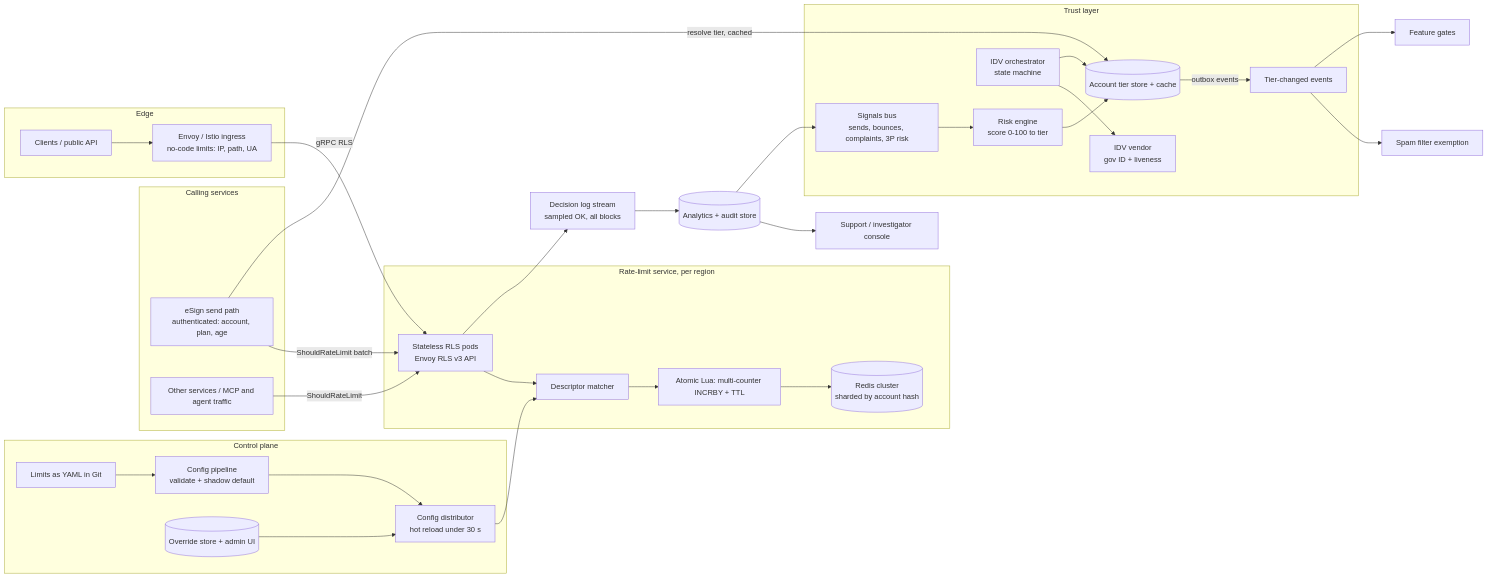
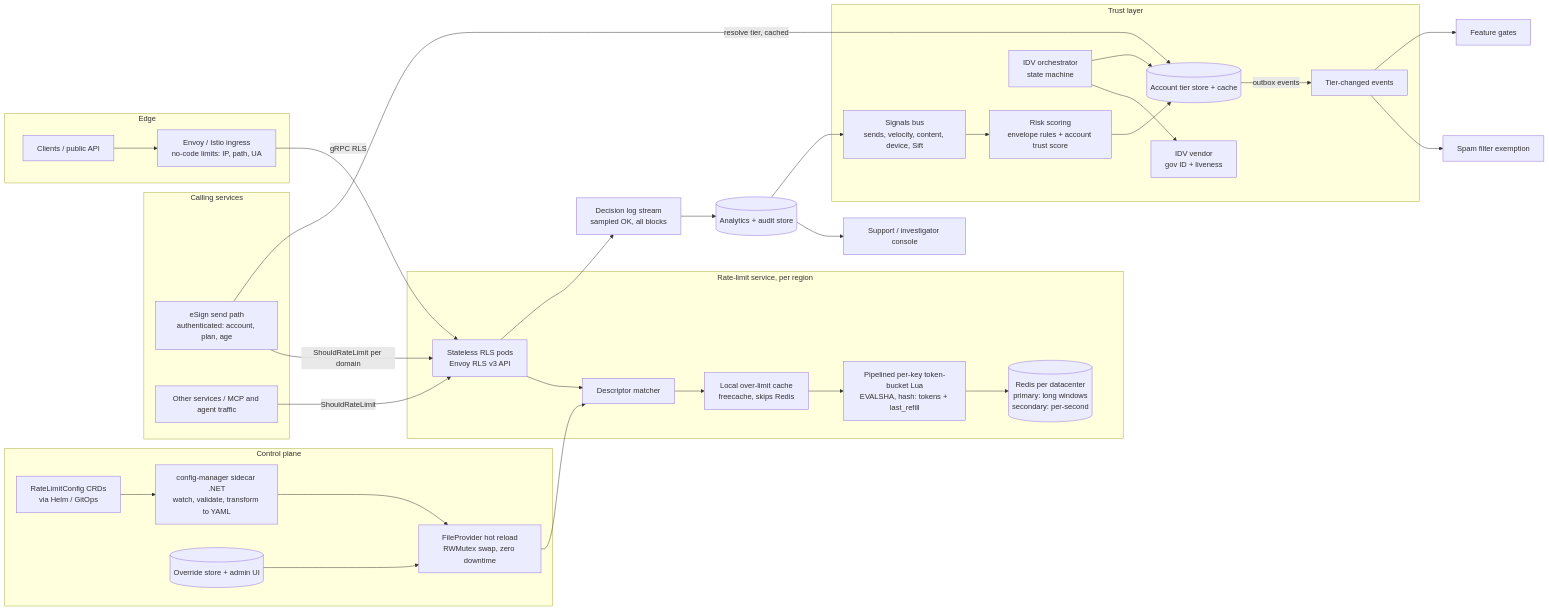
One commit to aks3090/SystemDesign changed the first of 6 diagrams in 14-Reverse-System-Design-Trust-Platform.md. Above: the diagram before and after it, drawn with Mermaid. The commit also changed other lines of this file, not shown here.

````diff
--- a/14-Reverse-System-Design-Trust-Platform.md
+++ b/14-Reverse-System-Design-Trust-Platform.md
@@ -77,37 +94,38 @@
 ```mermaid
 flowchart LR
   subgraph Edge[Edge]
     CL[Clients / public API] --> IGW[Envoy / Istio ingress<br/>no-code limits: IP, path, UA]
   end
   subgraph Services[Calling services]
     SEND[eSign send path<br/>authenticated: account, plan, age]
     OTH[Other services / MCP and agent traffic]
   end
   IGW -->|gRPC RLS| RLS
-  SEND -->|ShouldRateLimit batch| RLS
+  SEND -->|ShouldRateLimit per domain| RLS
   OTH -->|ShouldRateLimit| RLS
   subgraph RL[Rate-limit service, per region]
     RLS[Stateless RLS pods<br/>Envoy RLS v3 API] --> MATCH[Descriptor matcher]
-    MATCH --> LUA[Atomic Lua: multi-counter INCRBY + TTL]
-    LUA --> RED[(Redis cluster<br/>sharded by account hash)]
+    MATCH --> LC[Local over-limit cache<br/>freecache, skips Redis]
+    LC --> LUA[Pipelined per-key token-bucket Lua<br/>EVALSHA, hash: tokens + last_refill]
+    LUA --> RED[(Redis per datacenter<br/>primary: long windows<br/>secondary: per-second)]
   end
   subgraph Ctrl[Control plane]
-    GIT[Limits as YAML in Git] --> PIPE[Config pipeline<br/>validate + shadow default]
-    OVR[(Override store + admin UI)] --> CFG[Config distributor<br/>hot reload under 30 s]
+    GIT[RateLimitConfig CRDs<br/>via Helm / GitOps] --> PIPE[config-manager sidecar .NET<br/>watch, validate, transform to YAML]
+    OVR[(Override store + admin UI)] --> CFG[FileProvider hot reload<br/>RWMutex swap, zero downtime]
     PIPE --> CFG
     CFG --> MATCH
   end
   subgraph Trust[Trust layer]
-    SIG[Signals bus<br/>sends, bounces, complaints, 3P risk] --> RISK[Risk engine<br/>score 0-100 to tier]
+    SIG[Signals bus<br/>sends, velocity, content, device, Sift] --> RISK[Risk scoring<br/>envelope rules + account trust score]
     RISK --> TIER[(Account tier store + cache)]
     IDV[IDV orchestrator<br/>state machine] --> VENDOR[IDV vendor<br/>gov ID + liveness]
     IDV --> TIER
     TIER -->|outbox events| BUS[Tier-changed events]
   end
   SEND -->|resolve tier, cached| TIER
   BUS --> SPAM[Spam filter exemption]
   BUS --> FEAT[Feature gates]
   RLS --> LOG[Decision log stream<br/>sampled OK, all blocks] --> LAKE[(Analytics + audit store)]
   LAKE --> SUP[Support / investigator console]
   LAKE --> SIG
 ```
````
